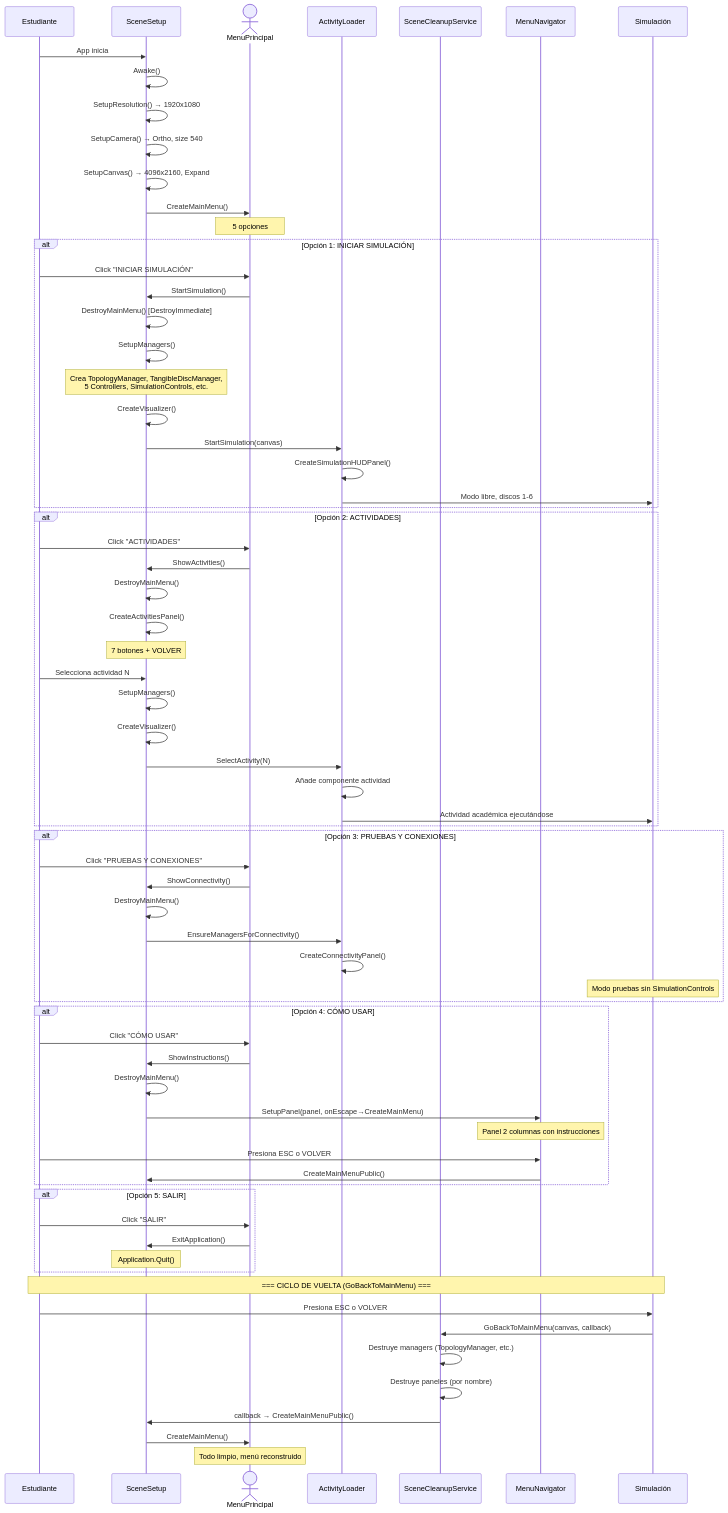
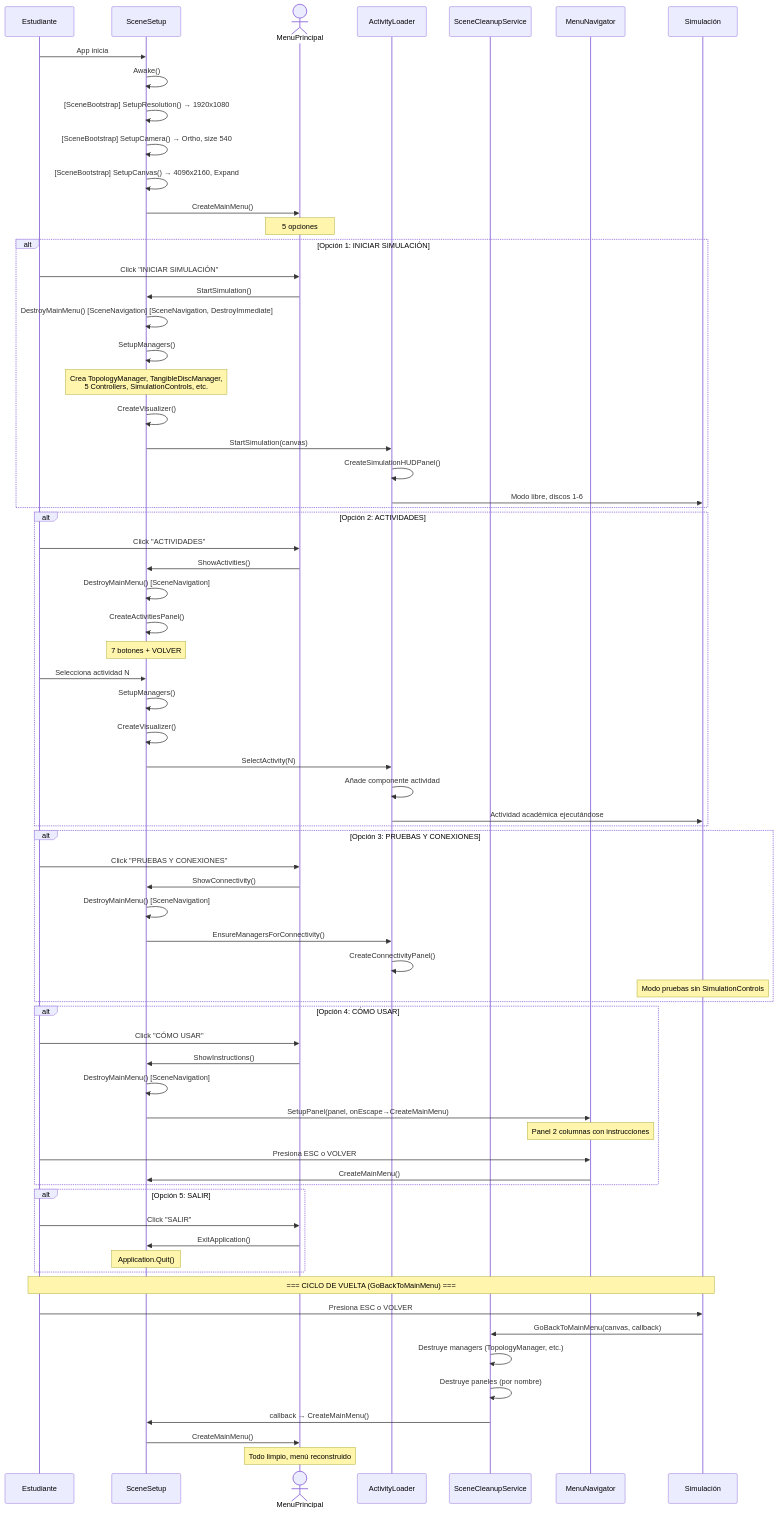
Before and after one commit to Josmarinr/ProyectoGI_SimuladorRedesIDEUM: the diagram in docs/diagrams/mermaid/12-sequence-menu-navigation.md, drawn with Mermaid. The commit also changed 28 other files, not shown here.

````diff
--- a/docs/diagrams/mermaid/12-sequence-menu-navigation.md
+++ b/docs/diagrams/mermaid/12-sequence-menu-navigation.md
@@ -5,79 +5,79 @@
 ```mermaid
 sequenceDiagram
     participant User as Estudiante
     participant SS as SceneSetup
     actor Menu as MenuPrincipal
     participant AL as ActivityLoader
     participant SCS as SceneCleanupService
     participant MNV as MenuNavigator
     participant SIM as Simulación
 
     User->>SS: App inicia
     SS->>SS: Awake()
-    SS->>SS: SetupResolution() → 1920x1080
-    SS->>SS: SetupCamera() → Ortho, size 540
-    SS->>SS: SetupCanvas() → 4096x2160, Expand
+    SS->>SS: [SceneBootstrap] SetupResolution() → 1920x1080
+    SS->>SS: [SceneBootstrap] SetupCamera() → Ortho, size 540
+    SS->>SS: [SceneBootstrap] SetupCanvas() → 4096x2160, Expand
     SS->>Menu: CreateMainMenu()
     Note over Menu: 5 opciones
 
     alt Opción 1: INICIAR SIMULACIÓN
         User->>Menu: Click "INICIAR SIMULACIÓN"
         Menu->>SS: StartSimulation()
-        SS->>SS: DestroyMainMenu() [DestroyImmediate]
+        SS->>SS: DestroyMainMenu() [SceneNavigation] [SceneNavigation, DestroyImmediate]
         SS->>SS: SetupManagers()
         Note over SS: Crea TopologyManager, TangibleDiscManager,<br/>5 Controllers, SimulationControls, etc.
         SS->>SS: CreateVisualizer()
         SS->>AL: StartSimulation(canvas)
         AL->>AL: CreateSimulationHUDPanel()
         AL->>SIM: Modo libre, discos 1-6
     end
 
     alt Opción 2: ACTIVIDADES
         User->>Menu: Click "ACTIVIDADES"
         Menu->>SS: ShowActivities()
-        SS->>SS: DestroyMainMenu()
+        SS->>SS: DestroyMainMenu() [SceneNavigation]
         SS->>SS: CreateActivitiesPanel()
         Note over SS: 7 botones + VOLVER
 
         User->>SS: Selecciona actividad N
         SS->>SS: SetupManagers()
         SS->>SS: CreateVisualizer()
         SS->>AL: SelectActivity(N)
         AL->>AL: Añade componente actividad
         AL->>SIM: Actividad académica ejecutándose
     end
 
     alt Opción 3: PRUEBAS Y CONEXIONES
         User->>Menu: Click "PRUEBAS Y CONEXIONES"
         Menu->>SS: ShowConnectivity()
-        SS->>SS: DestroyMainMenu()
+        SS->>SS: DestroyMainMenu() [SceneNavigation]
         SS->>AL: EnsureManagersForConnectivity()
         AL->>AL: CreateConnectivityPanel()
         Note over SIM: Modo pruebas sin SimulationControls
     end
 
     alt Opción 4: CÓMO USAR
         User->>Menu: Click "CÓMO USAR"
         Menu->>SS: ShowInstructions()
-        SS->>SS: DestroyMainMenu()
+        SS->>SS: DestroyMainMenu() [SceneNavigation]
         SS->>MNV: SetupPanel(panel, onEscape→CreateMainMenu)
         Note over MNV: Panel 2 columnas con instrucciones
         User->>MNV: Presiona ESC o VOLVER
-        MNV->>SS: CreateMainMenuPublic()
+        MNV->>SS: CreateMainMenu()
     end
 
     alt Opción 5: SALIR
         User->>Menu: Click "SALIR"
         Menu->>SS: ExitApplication()
         Note over SS: Application.Quit()
     end
 
     Note over User,SIM: === CICLO DE VUELTA (GoBackToMainMenu) ===
     User->>SIM: Presiona ESC o VOLVER
     SIM->>SCS: GoBackToMainMenu(canvas, callback)
     SCS->>SCS: Destruye managers (TopologyManager, etc.)
     SCS->>SCS: Destruye paneles (por nombre)
-    SCS->>SS: callback → CreateMainMenuPublic()
+    SCS->>SS: callback → CreateMainMenu()
     SS->>Menu: CreateMainMenu()
     Note over Menu: Todo limpio, menú reconstruido
 ```
````
